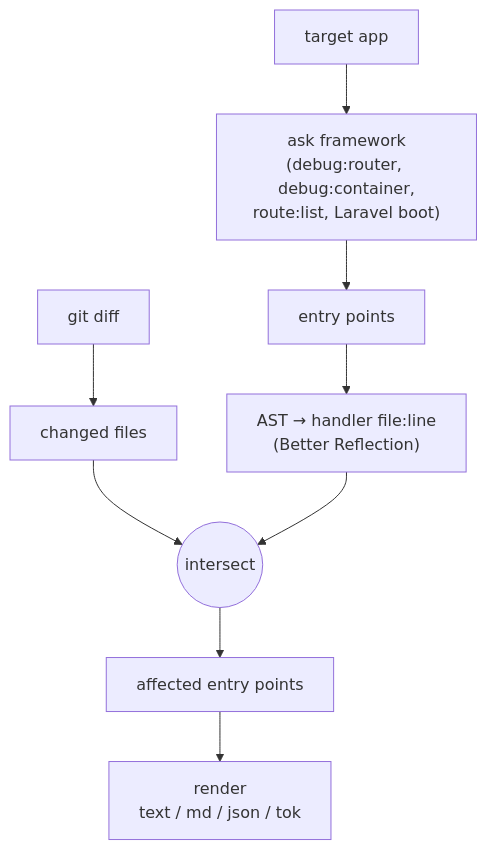
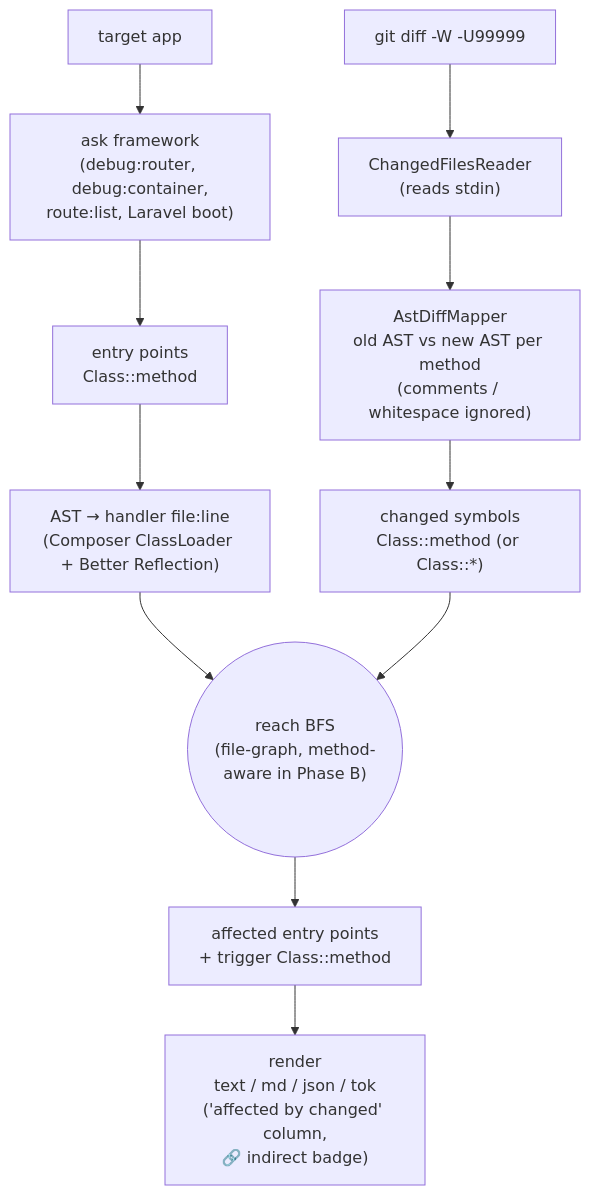
One commit to HellPat/watson changed the diagram in README.md. Above: the diagram before and after it, drawn with Mermaid. The commit also changed other lines of this file and 14 other files, not shown here.

First line of the commit message:
feat(blastradius): method-level change tracking + AST-diff filter (#2)

````diff
--- a/README.md
+++ b/README.md
@@ -288,13 +305,15 @@
 ```mermaid
 flowchart TD
-  GD["git diff"] --> CF["changed files"]
+  GD["git diff -W -U99999"] --> CFR["ChangedFilesReader<br/>(reads stdin)"]
+  CFR --> ADM["AstDiffMapper<br/>old AST vs new AST per method<br/>(comments / whitespace ignored)"]
+  ADM --> CS["changed symbols<br/>Class::method (or Class::*)"]
 
   APP["target app"] --> ASK["ask framework<br/>(debug:router, debug:container,<br/>route:list, Laravel boot)"]
-  ASK --> EP["entry points"]
-  EP --> AST["AST → handler file:line<br/>(Better Reflection)"]
+  ASK --> EP["entry points<br/>Class::method"]
+  EP --> AST["AST → handler file:line<br/>(Composer ClassLoader + Better Reflection)"]
 
-  CF --> X(("intersect"))
-  AST --> X
-  X --> AEP["affected entry points"]
-  AEP --> R["render<br/>text / md / json / tok"]
+  AST --> RX(("reach BFS<br/>(file-graph, method-aware in Phase B)"))
+  CS --> RX
+  RX --> AEP["affected entry points<br/>+ trigger Class::method"]
+  AEP --> R["render<br/>text / md / json / tok<br/>('affected by changed' column,<br/>🔗 indirect badge)"]
 ```
````
